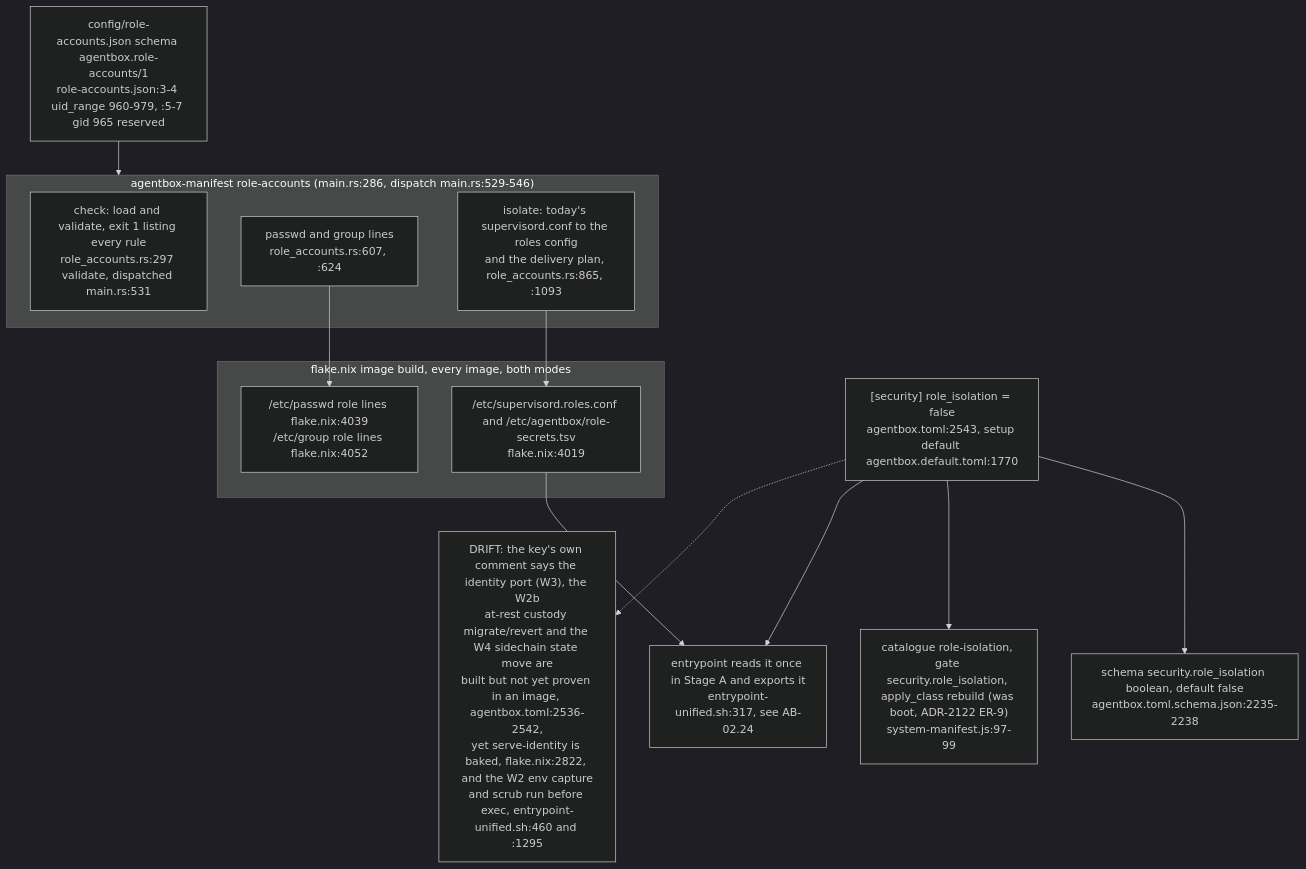
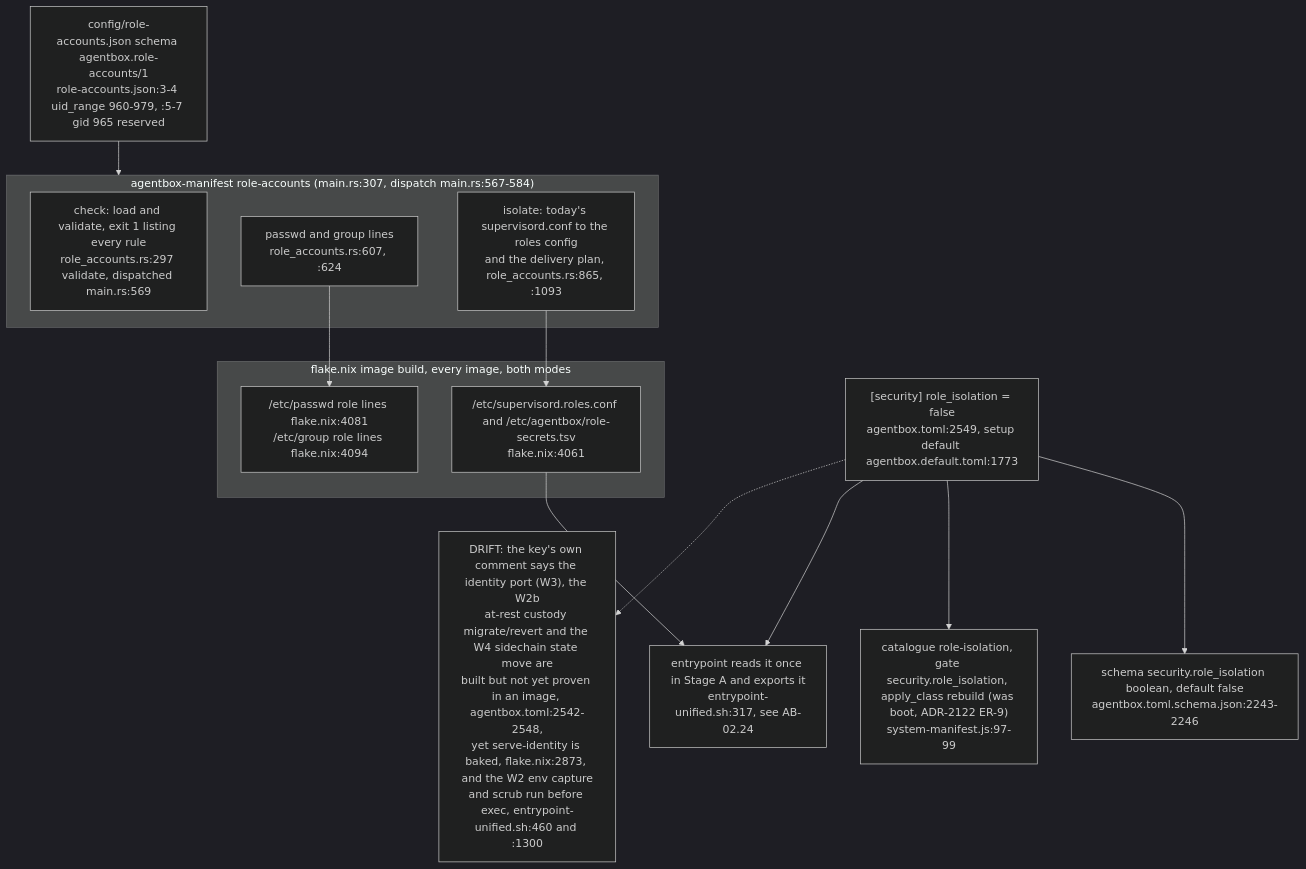
One commit to DreamLab-AI/VisionFlow changed diagram 15 of 16 in docs/diagrams/agentbox/05-manifest-gates-and-cli.md. Above: the diagram before and after it, drawn with Mermaid (dark theme). The commit also changed other lines of this file and 36 other files, not shown here.

First line of the commit message:
docs(diagrams): re-derive and re-stamp agentbox, dream-engine, visioncraft, visiontouch and vowl topics; drop LAN addresses

````diff
--- a/docs/diagrams/agentbox/05-manifest-gates-and-cli.md
+++ b/docs/diagrams/agentbox/05-manifest-gates-and-cli.md
@@ -551,25 +551,25 @@
 ```mermaid
 flowchart TB
-    KEY["[security] role_isolation = false<br/>agentbox.toml:2543, setup default agentbox.default.toml:1770"]
-    SCH["schema security.role_isolation boolean, default false<br/>agentbox.toml.schema.json:2235-2238"]
+    KEY["[security] role_isolation = false<br/>agentbox.toml:2549, setup default agentbox.default.toml:1773"]
+    SCH["schema security.role_isolation boolean, default false<br/>agentbox.toml.schema.json:2243-2246"]
     CATE["catalogue role-isolation, gate security.role_isolation, apply_class rebuild (was boot, ADR-2122 ER-9)<br/>system-manifest.js:97-99"]
     TBL["config/role-accounts.json schema agentbox.role-accounts/1<br/>role-accounts.json:3-4 uid_range 960-979, :5-7 gid 965 reserved"]
-    subgraph CLI["agentbox-manifest role-accounts (main.rs:286, dispatch main.rs:529-546)"]
-        CHK["check: load and validate, exit 1 listing every rule<br/>role_accounts.rs:297 validate, dispatched main.rs:531"]
+    subgraph CLI["agentbox-manifest role-accounts (main.rs:307, dispatch main.rs:567-584)"]
+        CHK["check: load and validate, exit 1 listing every rule<br/>role_accounts.rs:297 validate, dispatched main.rs:569"]
         PW["passwd and group lines<br/>role_accounts.rs:607, :624"]
         ISO["isolate: today's supervisord.conf to the roles config<br/>and the delivery plan, role_accounts.rs:865, :1093"]
     end
     subgraph BUILD["flake.nix image build, every image, both modes"]
-        B1["/etc/supervisord.roles.conf and /etc/agentbox/role-secrets.tsv<br/>flake.nix:4019"]
-        B2["/etc/passwd role lines flake.nix:4039<br/>/etc/group role lines flake.nix:4052"]
+        B1["/etc/supervisord.roles.conf and /etc/agentbox/role-secrets.tsv<br/>flake.nix:4061"]
+        B2["/etc/passwd role lines flake.nix:4081<br/>/etc/group role lines flake.nix:4094"]
     end
     BOOT["entrypoint reads it once in Stage A and exports it<br/>entrypoint-unified.sh:317, see AB-02.24"]
     KEY --> SCH
     KEY --> CATE
     KEY --> BOOT
     TBL --> CLI
     PW --> B2
     ISO --> B1
     B1 --> BOOT
-    KEY -.-> DRIFT["DRIFT: the key's own comment says the identity port (W3), the W2b<br/>at-rest custody migrate/revert and the W4 sidechain state move are<br/>built but not yet proven in an image, agentbox.toml:2536-2542,<br/>yet serve-identity is baked, flake.nix:2822, and the W2 env capture<br/>and scrub run before exec, entrypoint-unified.sh:460 and :1295"]
+    KEY -.-> DRIFT["DRIFT: the key's own comment says the identity port (W3), the W2b<br/>at-rest custody migrate/revert and the W4 sidechain state move are<br/>built but not yet proven in an image, agentbox.toml:2542-2548,<br/>yet serve-identity is baked, flake.nix:2873, and the W2 env capture<br/>and scrub run before exec, entrypoint-unified.sh:460 and :1300"]
 ```
````
